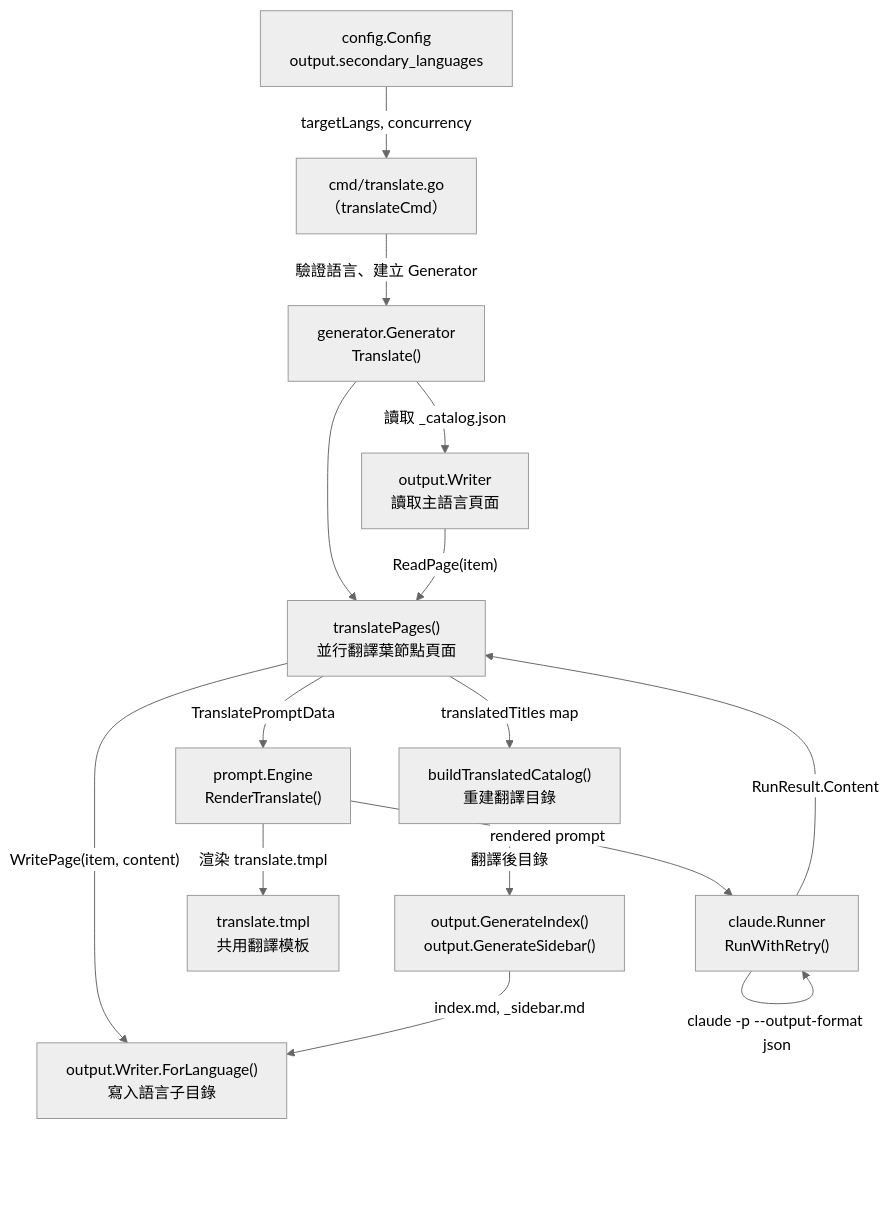
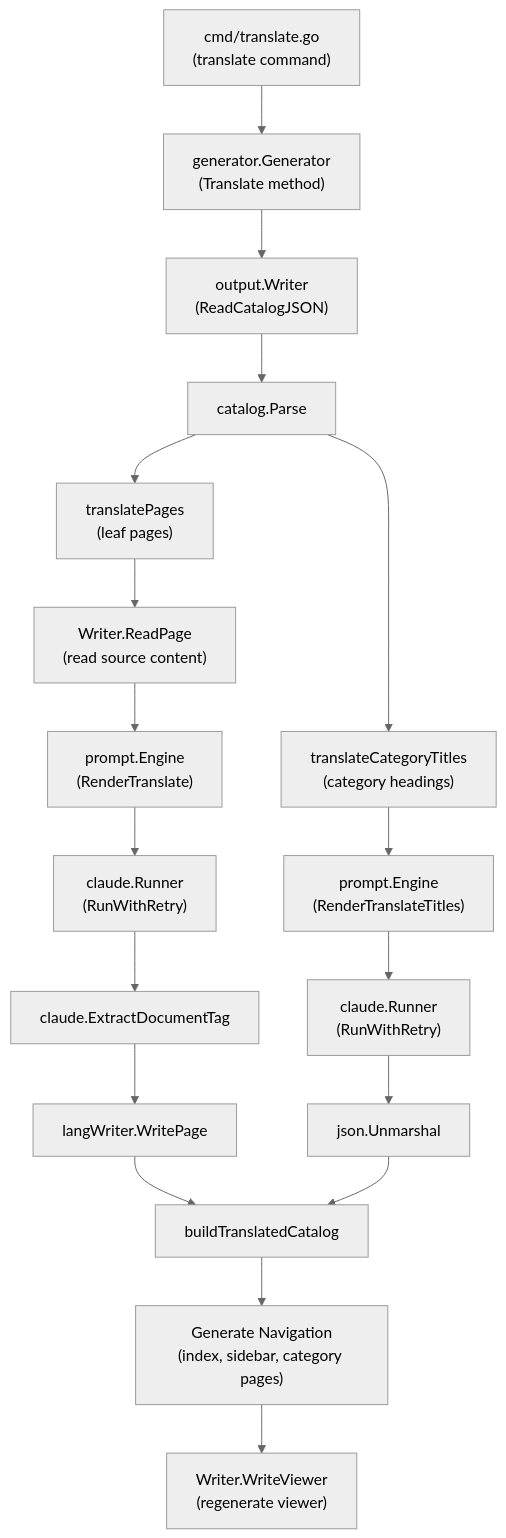
Before and after one commit to monkenWu/selfmd-claude-code: the first of 2 diagrams in docs/i18n/translation-workflow/index.md, drawn with Mermaid (neutral theme). The commit also changed other lines of this file and 145 other files, not shown here.

````diff
--- a/docs/i18n/translation-workflow/index.md
+++ b/docs/i18n/translation-workflow/index.md
@@ -20,29 +19,23 @@
 ```mermaid
 flowchart TD
-    CLI["cmd/translate.go\n（translateCmd）"]
-    Config["config.Config\noutput.secondary_languages"]
-    Generator["generator.Generator\nTranslate()"]
-    TranslatePages["translatePages()\n並行翻譯葉節點頁面"]
-    Engine["prompt.Engine\nRenderTranslate()"]
-    Runner["claude.Runner\nRunWithRetry()"]
-    Template["translate.tmpl\n共用翻譯模板"]
-    SourceWriter["output.Writer\n讀取主語言頁面"]
-    LangWriter["output.Writer.ForLanguage()\n寫入語言子目錄"]
-    CatalogBuild["buildTranslatedCatalog()\n重建翻譯目錄"]
-    NavGen["output.GenerateIndex()\noutput.GenerateSidebar()"]
+    CLI["cmd/translate.go\n(translate command)"] --> Generator["generator.Generator\n(Translate method)"]
+    Generator --> ReadCatalog["output.Writer\n(ReadCatalogJSON)"]
+    ReadCatalog --> ParseCatalog["catalog.Parse"]
+    ParseCatalog --> TranslatePages["translatePages\n(leaf pages)"]
+    ParseCatalog --> TranslateTitles["translateCategoryTitles\n(category headings)"]
 
-    CLI -->|"驗證語言、建立 Generator"| Generator
-    Config -->|"targetLangs, concurrency"| CLI
-    Generator -->|"讀取 _catalog.json"| SourceWriter
-    Generator --> TranslatePages
-    TranslatePages -->|"TranslatePromptData"| Engine
-    Engine -->|"渲染 translate.tmpl"| Template
-    Engine -->|"rendered prompt"| Runner
-    Runner -->|"claude -p --output-format json"| Runner
-    Runner -->|"RunResult.Content"| TranslatePages
-    SourceWriter -->|"ReadPage(item)"| TranslatePages
-    TranslatePages -->|"WritePage(item, content)"| LangWriter
-    TranslatePages -->|"translatedTitles map"| CatalogBuild
-    CatalogBuild -->|"翻譯後目錄"| NavGen
-    NavGen -->|"index.md, _sidebar.md"| LangWriter
+    TranslatePages --> ReadSource["Writer.ReadPage\n(read source content)"]
+    ReadSource --> RenderPrompt["prompt.Engine\n(RenderTranslate)"]
+    RenderPrompt --> ClaudeCall["claude.Runner\n(RunWithRetry)"]
+    ClaudeCall --> ExtractContent["claude.ExtractDocumentTag"]
+    ExtractContent --> WritePage["langWriter.WritePage"]
+
+    TranslateTitles --> RenderTitlesPrompt["prompt.Engine\n(RenderTranslateTitles)"]
+    RenderTitlesPrompt --> ClaudeTitles["claude.Runner\n(RunWithRetry)"]
+    ClaudeTitles --> ParseJSON["json.Unmarshal"]
+
+    WritePage --> BuildCatalog["buildTranslatedCatalog"]
+    ParseJSON --> BuildCatalog
+    BuildCatalog --> GenerateNav["Generate Navigation\n(index, sidebar, category pages)"]
+    GenerateNav --> WriteViewer["Writer.WriteViewer\n(regenerate viewer)"]
 ```
````
